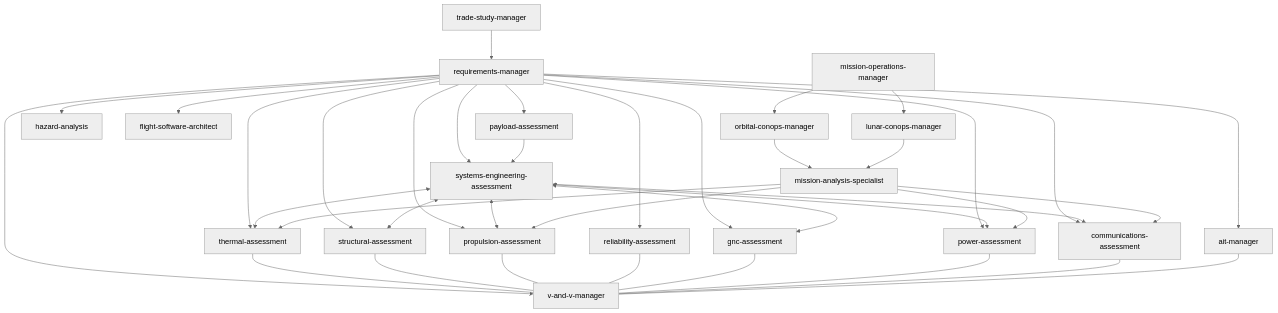
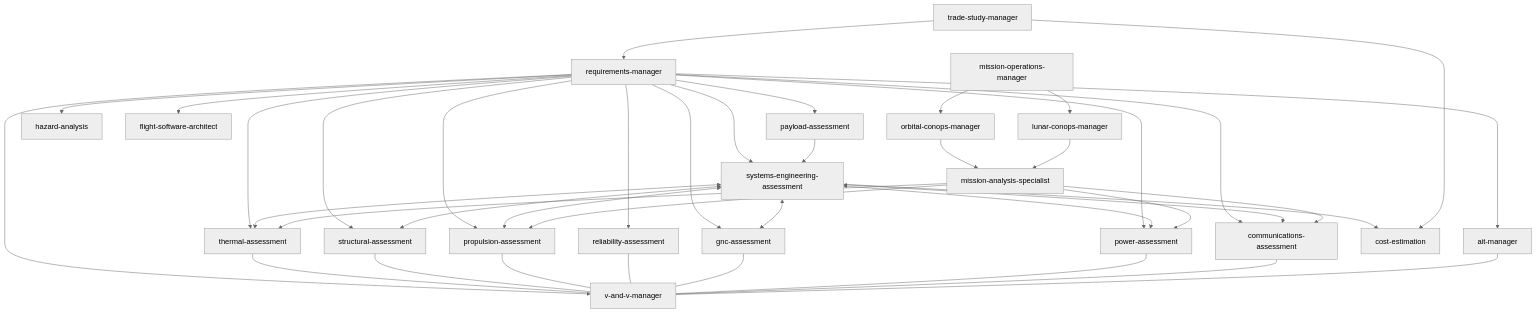
The diagram in README.md (LunCoSim/space-engineering-skills), drawn with Mermaid (neutral theme) before and after one commit. The commit also changed other lines of this file and 4 other files, not shown here.

Commit message:
Cost-estimation Skill

````diff
--- a/README.md
+++ b/README.md
@@ -36,44 +36,47 @@
 ```mermaid
 graph TD
     TS[trade-study-manager] --> RM[requirements-manager]
     RM --> SE[systems-engineering-assessment]
     RM --> VV[v-and-v-manager]
     RM --> PL[payload-assessment]
     RM --> TA[thermal-assessment]
     RM --> SA[structural-assessment]
     RM --> PA[propulsion-assessment]
     RM --> RA[reliability-assessment]
     RM --> HA[hazard-analysis]
     RM --> GNC[gnc-assessment]
     RM --> EPS[power-assessment]
     RM --> COM[communications-assessment]
     RM --> FSW[flight-software-architect]
     RM --> AIT[ait-manager]
 
     PL --> SE
     SE <--> TA
     SE <--> SA
     SE <--> PA
     SE <--> GNC
     SE <--> EPS
     SE <--> COM
 
     MAS[mission-analysis-specialist] --> PA
     MAS --> EPS
     MAS --> TA
     MAS --> COM
 
     TA --- VV
     SA --- VV
     PA --- VV
     RA --- VV
     GNC --- VV
     EPS --- VV
     COM --- VV
     AIT --- VV
 
     OC[orbital-conops-manager] --> MAS
     LC[lunar-conops-manager] --> MAS
     MOM[mission-operations-manager] --> OC
     MOM --> LC
+
+    SE --> CE[cost-estimation]
+    TS --> CE
 ```
````
